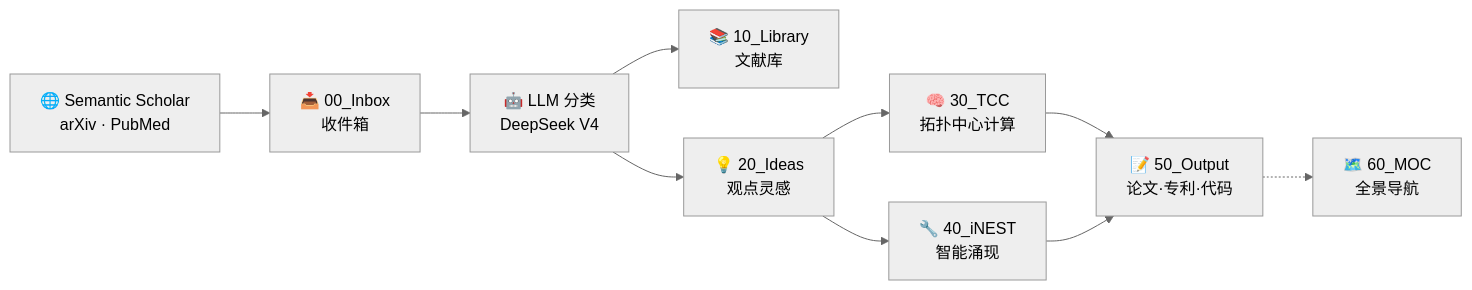
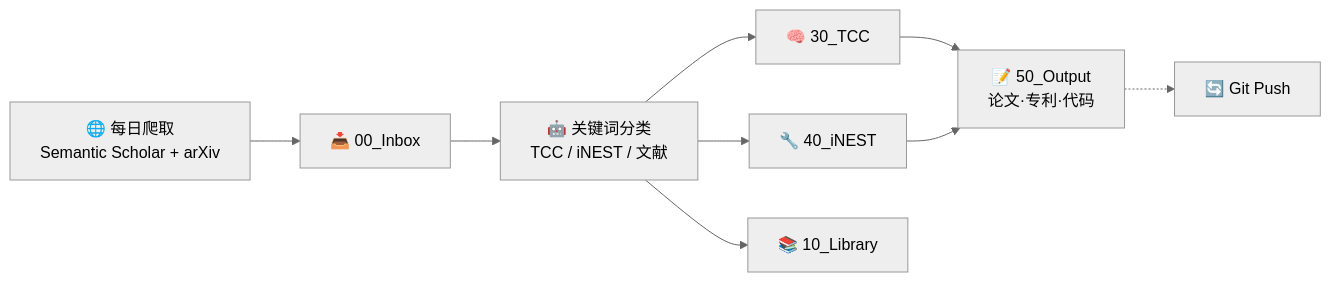
Before and after one commit to LEOLEOLEO-AI/i-nest: the diagram in Home.md, drawn with Mermaid (neutral theme). The commit also changed other lines of this file and 1 other file, not shown here.

Commit message:
feat: Home.md交互式操作面板 — 一键Git+终端命令+实时统计 - 新增Buttons插件按钮 (Git Pull/Push + 审查歧义 + 诊断报告) - 终端命令卡片 (每日抓取/收件箱分类/重建链接/全流程) - 实时统计面板 (6格卡片, 待处理/待审红色脉冲警告) - CSS: 按钮悬停效果 + warn动画 + 终端卡片深色风格 - QuickAdd宏已预配置 (pipeline-daily/inbox/links)

````diff
--- a/Home.md
+++ b/Home.md
@@ -13,12 +88,11 @@
 ```mermaid
 graph LR
-    A["🌐 Semantic Scholar<br/>arXiv · PubMed"] --> B["📥 00_Inbox<br/>收件箱"]
-    B --> C["🤖 LLM 分类<br/>DeepSeek V4"]
-    C --> D["📚 10_Library<br/>文献库"]
-    C --> E["💡 20_Ideas<br/>观点灵感"]
-    E --> F["🧠 30_TCC<br/>拓扑中心计算"]
-    E --> G["🔧 40_iNEST<br/>智能涌现"]
-    F --> H["📝 50_Output<br/>论文·专利·代码"]
-    G --> H
-    H -.-> I["🗺️ 60_MOC<br/>全景导航"]
+    A["🌐 每日爬取<br/>Semantic Scholar + arXiv"] --> B["📥 00_Inbox"]
+    B --> C["🤖 关键词分类<br/>TCC / iNEST / 文献"]
+    C --> D["🧠 30_TCC"]
+    C --> E["🔧 40_iNEST"]
+    C --> F["📚 10_Library"]
+    D --> G["📝 50_Output<br/>论文·专利·代码"]
+    E --> G
+    G -.-> H["🔄 Git Push"]
 ```
````
